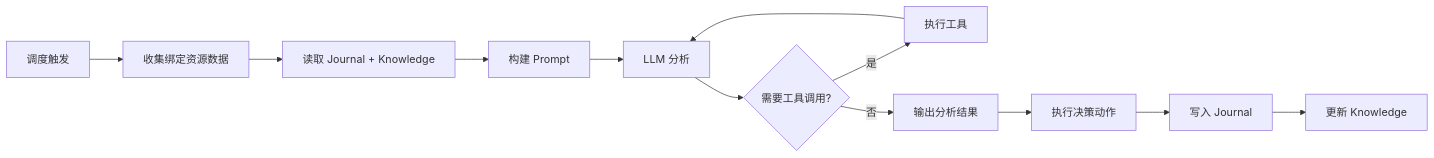
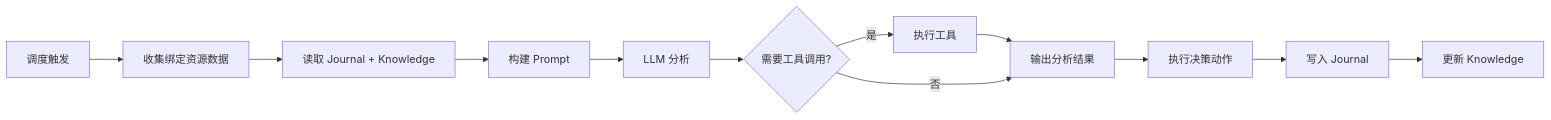
Before and after one commit to luommy/wiki-documents: the diagram in docs/0-neomind/user-guide/6-ai-agent.md, drawn with Mermaid. The commit also changed other lines of this file and 1 other file, not shown here.

Commit message:
fix(docs): remove dagre-crashing back-edge in AI Agent flowchart
The G→E back-edge created a cycle that crashed dagre's network-simplex
ranker with "Cannot read properties of undefined (reading 'v')".
Restructured to linear flow; added note about the iterative loop.

````diff
--- a/docs/0-neomind/user-guide/6-ai-agent.md
+++ b/docs/0-neomind/user-guide/6-ai-agent.md
@@ -101,14 +101,14 @@
 ```mermaid
 flowchart LR
     A[调度触发] --> B[收集绑定资源数据]
     B --> C[读取 Journal + Knowledge]
     C --> D[构建 Prompt]
     D --> E[LLM 分析]
     E --> F{需要工具调用?}
     F -- 是 --> G[执行工具]
-    G --> E
-    F -- 否 --> H[输出分析结果]
+    G --> H[输出分析结果]
+    F -- 否 --> H
     H --> I[执行决策动作]
     I --> J[写入 Journal]
     J --> K[更新 Knowledge]
 ```
````
